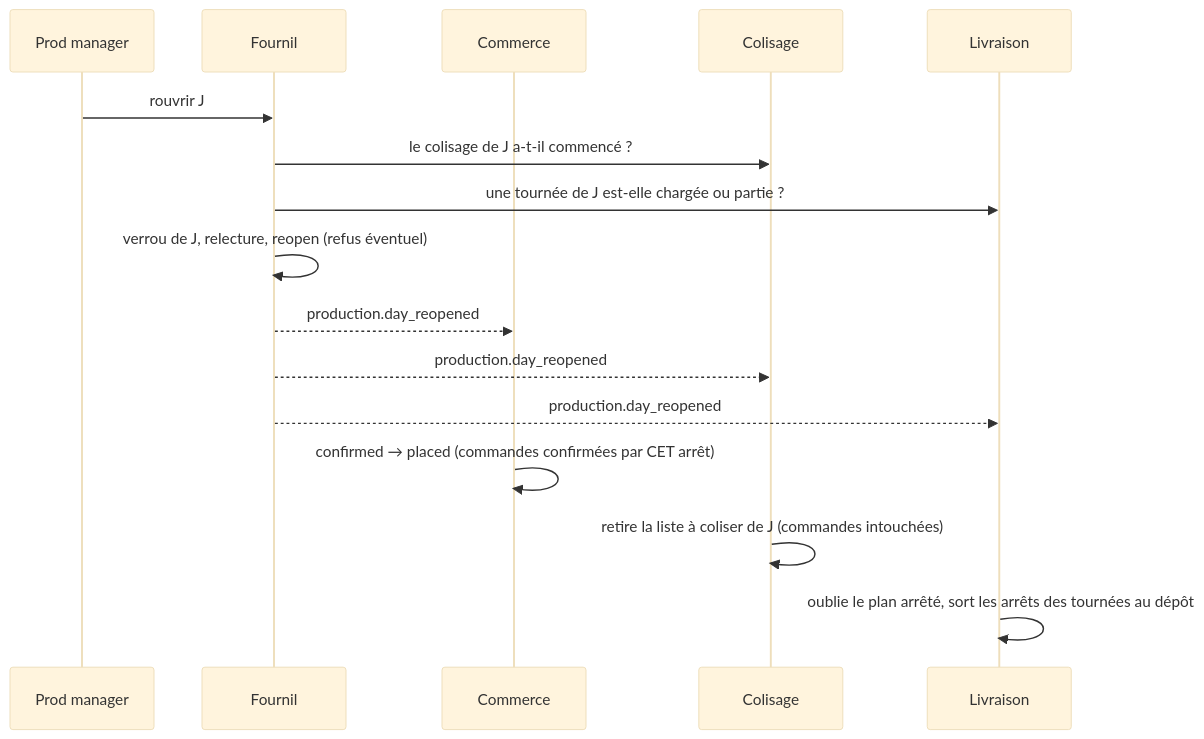
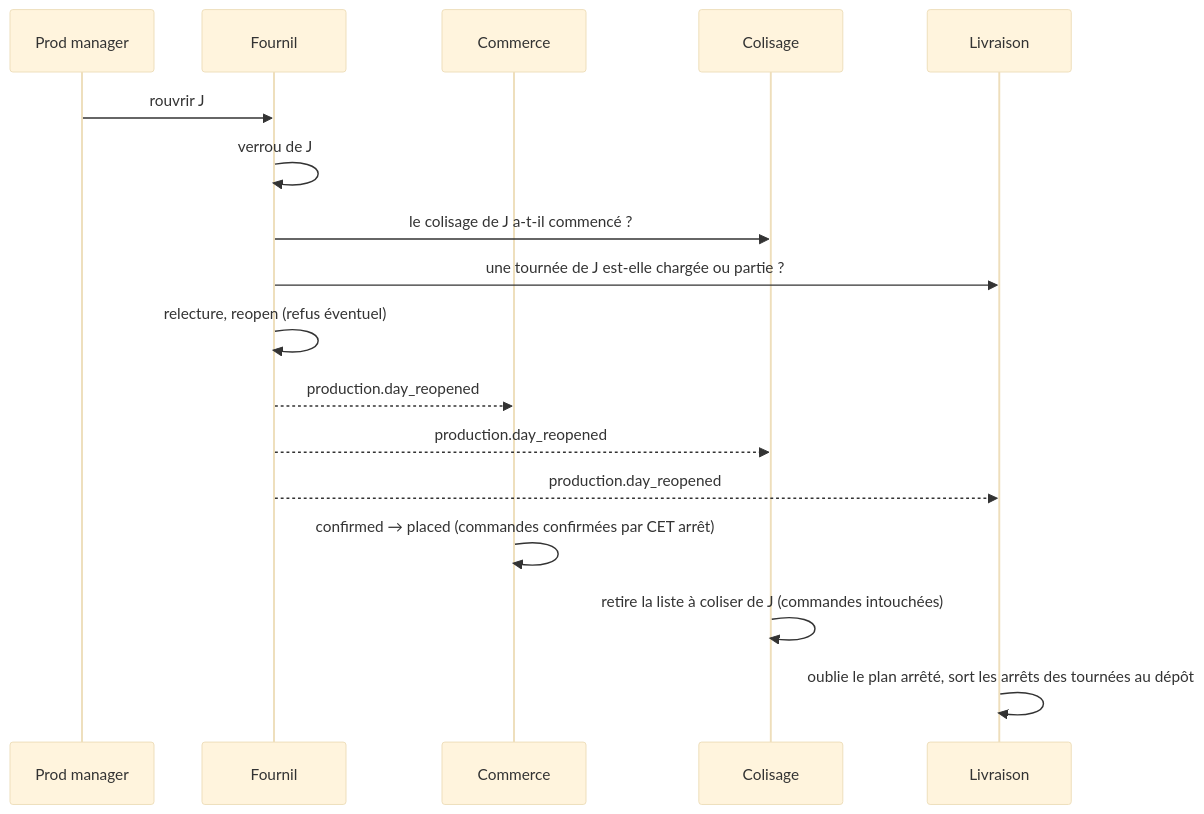
One commit to hugoheynard/lfd changed the second of 2 diagrams in documentation/fournil/arret-du-plan.md. Above: the diagram before and after it, drawn with Mermaid (base theme). The commit also changed other lines of this file and 178 other files, not shown here.

````diff
--- a/documentation/fournil/arret-du-plan.md
+++ b/documentation/fournil/arret-du-plan.md
@@ -125,18 +201,19 @@
 ```mermaid
 sequenceDiagram
     participant É as Prod manager
     participant F as Fournil
     participant C as Commerce
     participant K as Colisage
     participant L as Livraison
     É->>F: rouvrir J
+    F->>F: verrou de J
     F->>K: le colisage de J a-t-il commencé ?
     F->>L: une tournée de J est-elle chargée ou partie ?
-    F->>F: verrou de J, relecture, reopen (refus éventuel)
+    F->>F: relecture, reopen (refus éventuel)
     F-->>C: production.day_reopened
     F-->>K: production.day_reopened
     F-->>L: production.day_reopened
     C->>C: confirmed → placed (commandes confirmées par CET arrêt)
     K->>K: retire la liste à coliser de J (commandes intouchées)
     L->>L: oublie le plan arrêté, sort les arrêts des tournées au dépôt
 ```
````
